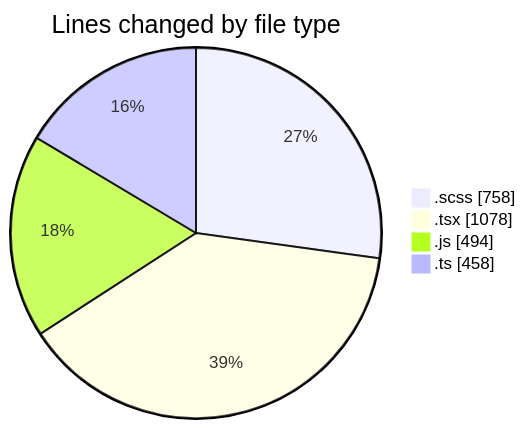
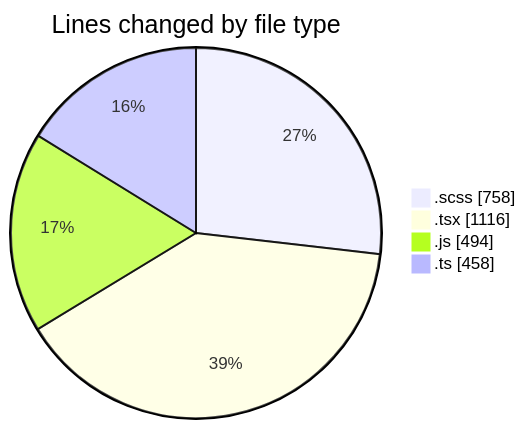
The first of 2 diagrams in 2025-03-14/cda/README.md (momahboobian/code-tracking), drawn with Mermaid before and after one commit. The commit also changed other lines of this file and 1 other file, not shown here.

````diff
--- a/2025-03-14/cda/README.md
+++ b/2025-03-14/cda/README.md
@@ -34,8 +34,8 @@
 ```mermaid
 pie showData
 title Lines changed by file type
 ".scss" : 758
-".tsx" : 1078
+".tsx" : 1116
 ".js" : 494
 ".ts" : 458
 ```
````
